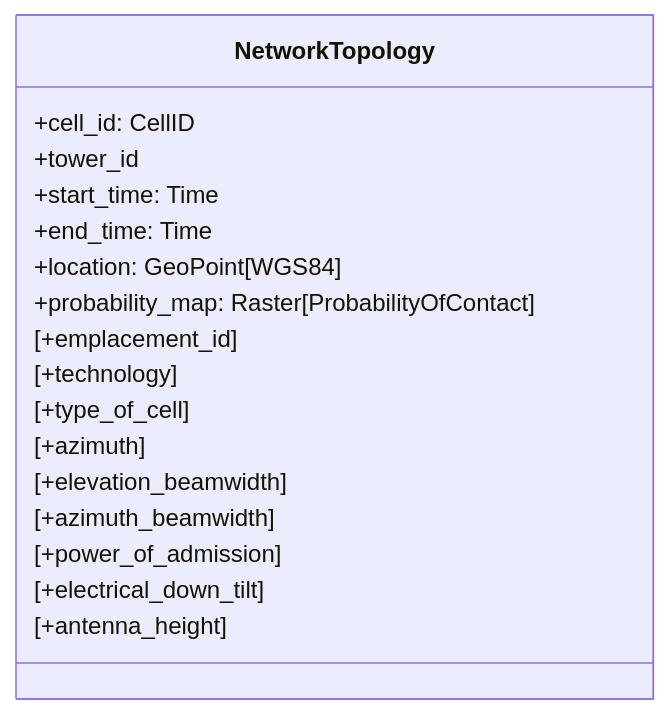
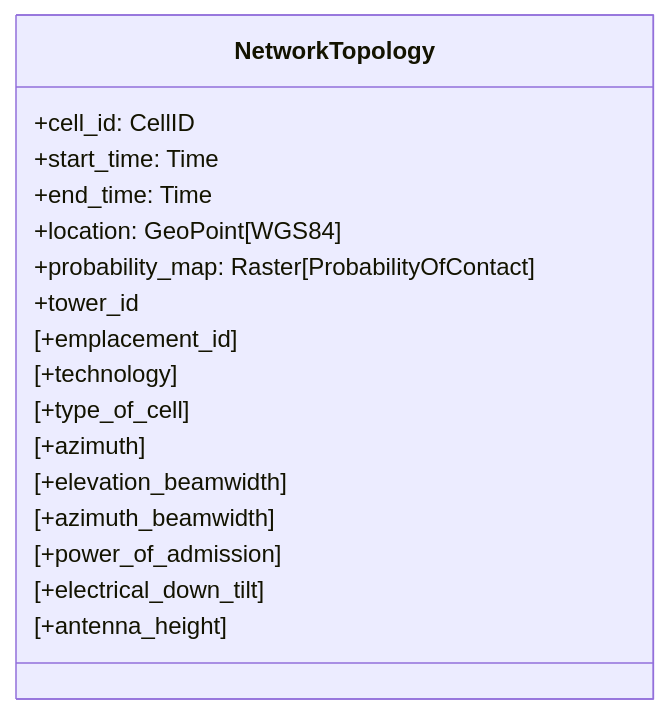
One commit to djvanderlaan/pipeline changed the sixth of 6 diagrams in README.md. Above: the diagram before and after it, drawn with Mermaid. The commit also changed other lines of this file and 1 other file, not shown here.

````diff
--- a/README.md
+++ b/README.md
@@ -165,20 +166,20 @@
 ```mermaid
 classDiagram
   class NetworkTopology {
     +cell_id: CellID
-    +tower_id
     +start_time: Time
     +end_time: Time
     +location: GeoPoint[WGS84]
     +probability_map: Raster[ProbabilityOfContact]
+    +tower_id
     [+emplacement_id]
     [+technology]
     [+type_of_cell]
     [+azimuth]
     [+elevation_beamwidth]
     [+azimuth_beamwidth]
     [+power_of_admission]
     [+electrical_down_tilt]
     [+antenna_height]
   }
 ```
````
